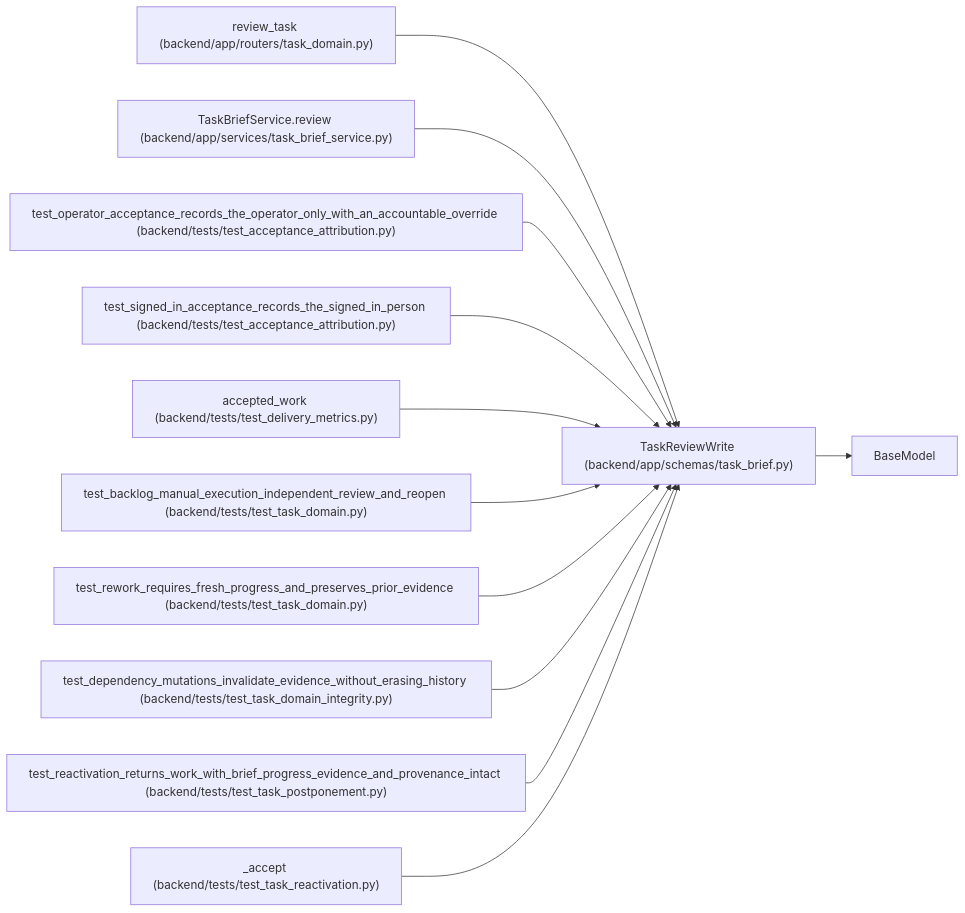
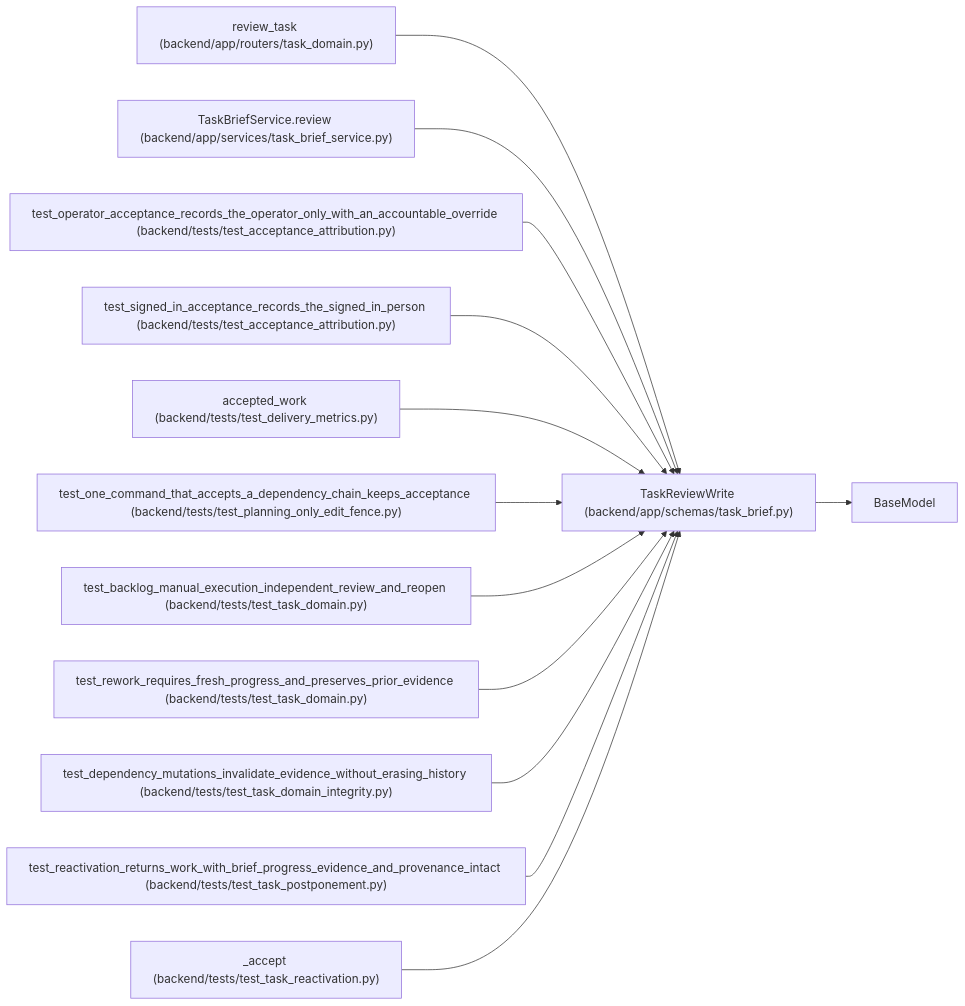
Before and after one commit to Denissvgn/WorkChord: the diagram in docs/llm_wiki/entities/TaskReviewWrite.md, drawn with Mermaid. The commit also changed other lines of this file and 581 other files, not shown here.

Commit message:
Sync the architectural wiki for independent review evidence

````diff
--- a/docs/llm_wiki/entities/TaskReviewWrite.md
+++ b/docs/llm_wiki/entities/TaskReviewWrite.md
@@ -36,37 +36,40 @@
 ```mermaid
 flowchart LR
     n0["TaskReviewWrite (backend/app/schemas/task_brief.py)"]
     n1["BaseModel"]
     n2["review_task (backend/app/routers/task_domain.py)"]
     n3["TaskBriefService.review (backend/app/services/task_brief_service.py)"]
     n4["test_operator_acceptance_records_the_operator_only_with_an_accountable_override (backend/tests/test_acceptance_attribution.py)"]
     n5["test_signed_in_acceptance_records_the_signed_in_person (backend/tests/test_acceptance_attribution.py)"]
     n6["accepted_work (backend/tests/test_delivery_metrics.py)"]
-    n7["test_backlog_manual_execution_independent_review_and_reopen (backend/tests/test_task_domain.py)"]
-    n8["test_rework_requires_fresh_progress_and_preserves_prior_evidence (backend/tests/test_task_domain.py)"]
-    n9["test_dependency_mutations_invalidate_evidence_without_erasing_history (backend/tests/test_task_domain_integrity.py)"]
-    n10["test_reactivation_returns_work_with_brief_progress_evidence_and_provenance_intact (backend/tests/test_task_postponement.py)"]
-    n11["_accept (backend/tests/test_task_reactivation.py)"]
+    n7["test_one_command_that_accepts_a_dependency_chain_keeps_acceptance (backend/tests/test_planning_only_edit_fence.py)"]
+    n8["test_backlog_manual_execution_independent_review_and_reopen (backend/tests/test_task_domain.py)"]
+    n9["test_rework_requires_fresh_progress_and_preserves_prior_evidence (backend/tests/test_task_domain.py)"]
+    n10["test_dependency_mutations_invalidate_evidence_without_erasing_history (backend/tests/test_task_domain_integrity.py)"]
+    n11["test_reactivation_returns_work_with_brief_progress_evidence_and_provenance_intact (backend/tests/test_task_postponement.py)"]
+    n12["_accept (backend/tests/test_task_reactivation.py)"]
     n0 --> n1
     n2 --> n0
     n3 --> n0
     n4 --> n0
     n5 --> n0
     n6 --> n0
     n7 --> n0
     n8 --> n0
     n9 --> n0
     n10 --> n0
     n11 --> n0
+    n12 --> n0
     click n0 "../modules/schemas_task_brief.md"
     click n2 "../modules/routers_task_domain.md"
     click n3 "../modules/task_brief_service.md"
     click n4 "../modules/test_acceptance_attribution.md"
     click n5 "../modules/test_acceptance_attribution.md"
     click n6 "../modules/test_delivery_metrics.md"
-    click n7 "../modules/test_task_domain.md"
+    click n7 "../modules/test_planning_only_edit_fence.md"
     click n8 "../modules/test_task_domain.md"
-    click n9 "../modules/test_task_domain_integrity.md"
-    click n10 "../modules/test_task_postponement.md"
-    click n11 "../modules/test_task_reactivation.md"
+    click n9 "../modules/test_task_domain.md"
+    click n10 "../modules/test_task_domain_integrity.md"
+    click n11 "../modules/test_task_postponement.md"
+    click n12 "../modules/test_task_reactivation.md"
 ```
````
